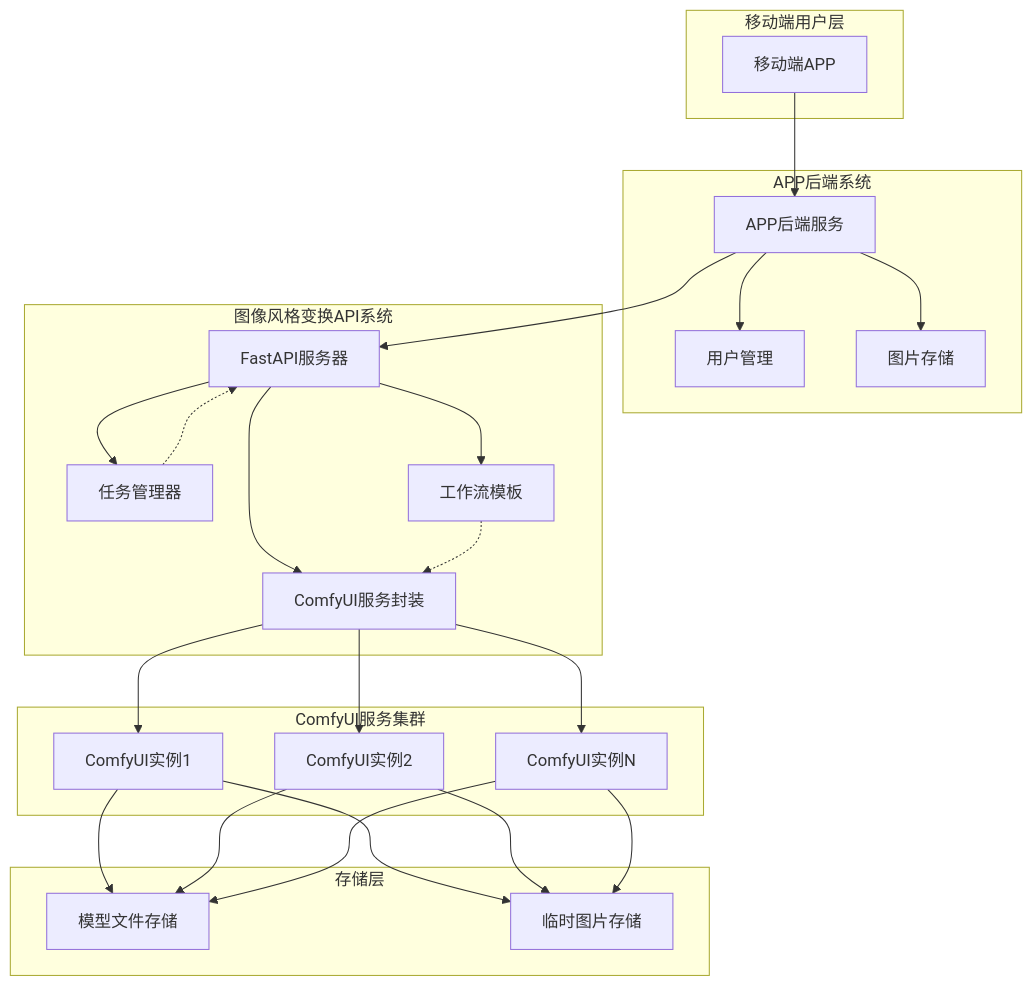
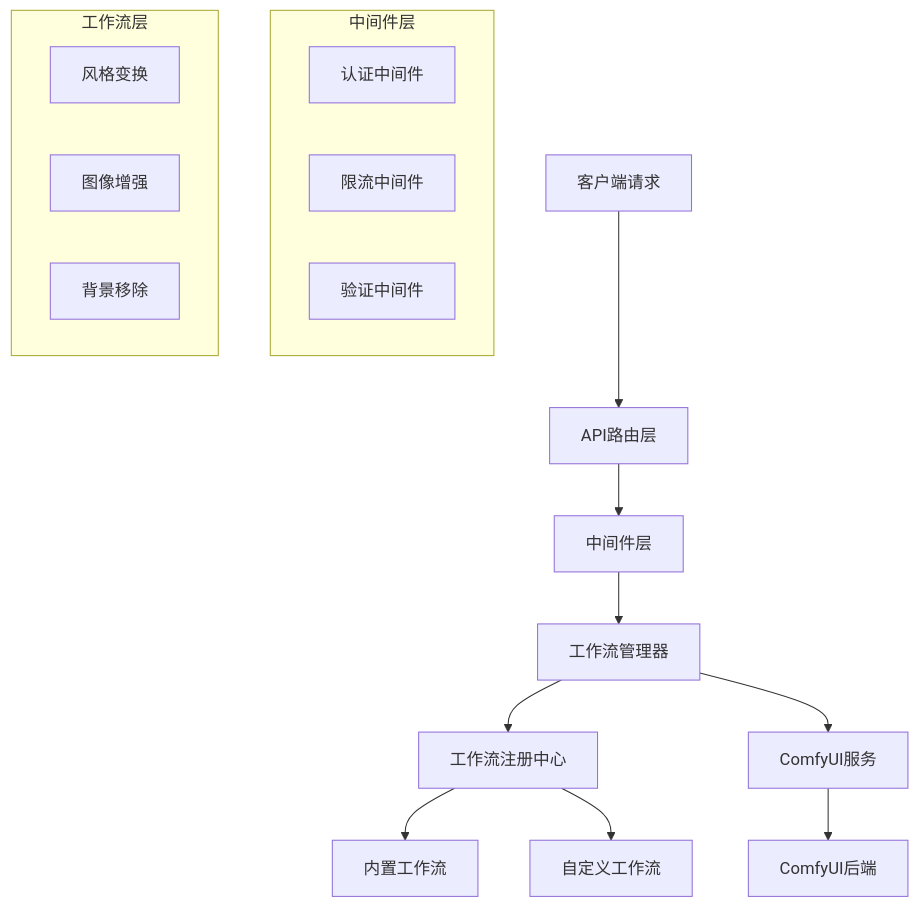
The diagram in witness/comfyui_workflow_server/README.md (nhgoodboy/ComfyUI), drawn with Mermaid before and after one commit. The commit also changed other lines of this file and 7 other files, not shown here.

````diff
--- a/witness/comfyui_workflow_server/README.md
+++ b/witness/comfyui_workflow_server/README.md
@@ -35,54 +16,23 @@
 ```mermaid
-graph TB
-    subgraph "移动端用户层"
-        A[移动端APP]
+graph TD
+    A[客户端请求] --> B[API路由层]
+    B --> C[中间件层]
+    C --> D[工作流管理器]
+    D --> E[工作流注册中心]
+    D --> F[ComfyUI服务]
+    E --> G[内置工作流]
+    E --> H[自定义工作流]
+    F --> I[ComfyUI后端]
+    
+    subgraph "中间件层"
+        C1[认证中间件]
+        C2[限流中间件]
+        C3[验证中间件]
     end
     
-    subgraph "APP后端系统"
-        B[APP后端服务]
-        C[用户管理]
-        D[图片存储]
+    subgraph "工作流层"
+        G1[风格变换]
+        G2[图像增强]
+        G3[背景移除]
     end
-    
-    subgraph "图像风格变换API系统"
-        E[FastAPI服务器]
-        F[任务管理器]
-        G[ComfyUI服务封装]
-        H[工作流模板]
-    end
-    
-    subgraph "ComfyUI服务集群"
-        I[ComfyUI实例1]
-        J[ComfyUI实例2]
-        K[ComfyUI实例N]
-    end
-    
-    subgraph "存储层"
-        L[模型文件存储]
-        M[临时图片存储]
-    end
-    
-    A --> B
-    B --> C
-    B --> D
-    B --> E
-    
-    E --> F
-    E --> G
-    E --> H
-    
-    G --> I
-    G --> J
-    G --> K
-    
-    I --> L
-    J --> L
-    K --> L
-    
-    I --> M
-    J --> M
-    K --> M
-    
-    F -.-> E
-    H -.-> G
 ```
````
